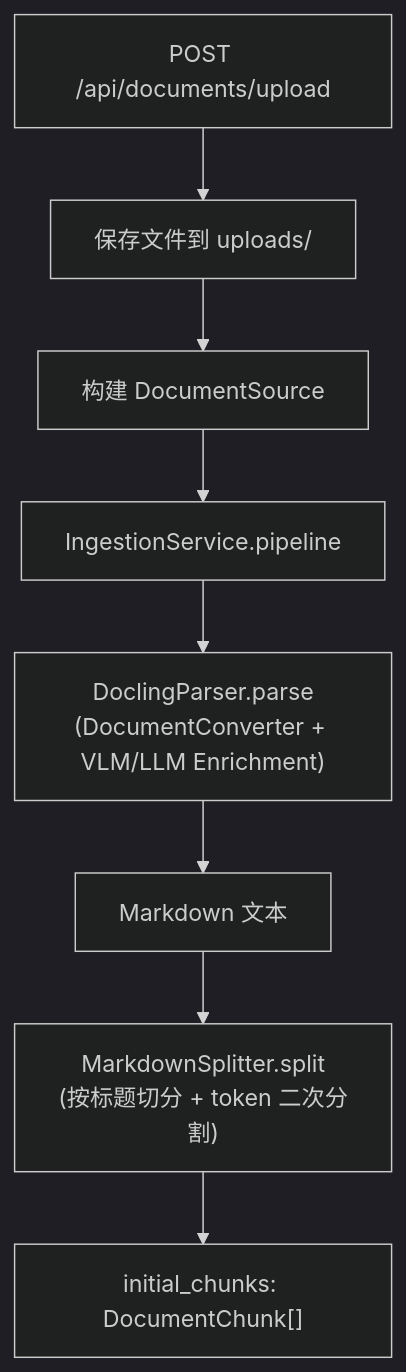
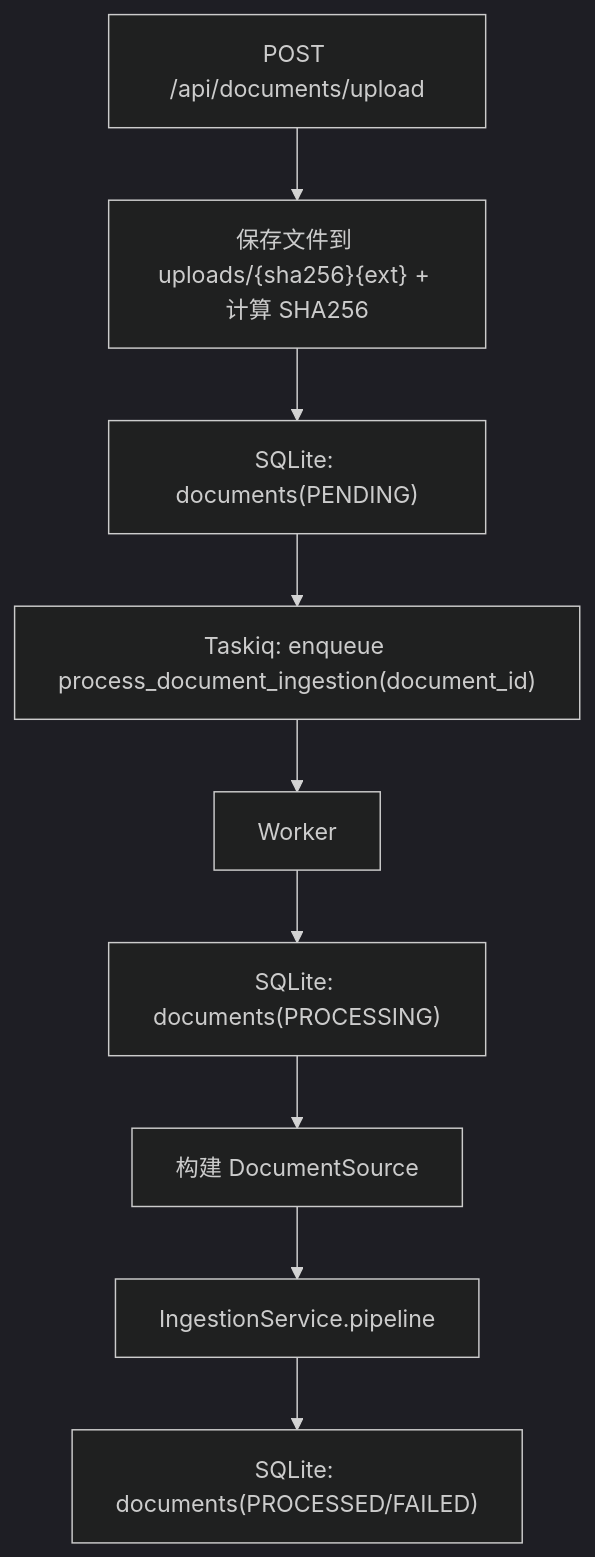
The second of 9 diagrams in README.md (yjryjrhehe/DeepResearch-RAG), drawn with Mermaid (dark theme) before and after one commit. The commit also changed other lines of this file and 39 other files, not shown here.

````diff
--- a/README.md
+++ b/README.md
@@ -60,10 +60,11 @@
 ```mermaid
 flowchart TD
-    A[POST /api/documents/upload] --> B["保存文件到 uploads/"]
-    B --> C[构建 DocumentSource]
-    C --> D[IngestionService.pipeline]
-    D --> E["DoclingParser.parse\n(DocumentConverter + VLM/LLM Enrichment)"]
-    E --> F[Markdown 文本]
-    F --> G["MarkdownSplitter.split\n(按标题切分 + token 二次分割)"]
-    G --> H["initial_chunks: DocumentChunk[]"]
+    A[POST /api/documents/upload] --> B["保存文件到 uploads/{sha256}{ext} + 计算 SHA256"]
+    B --> C["SQLite: documents(PENDING)"]
+    C --> D["Taskiq: enqueue process_document_ingestion(document_id)"]
+    D --> E[Worker]
+    E --> F["SQLite: documents(PROCESSING)"]
+    F --> G[构建 DocumentSource]
+    G --> H[IngestionService.pipeline]
+    H --> I["SQLite: documents(PROCESSED/FAILED)"]
 ```
````
